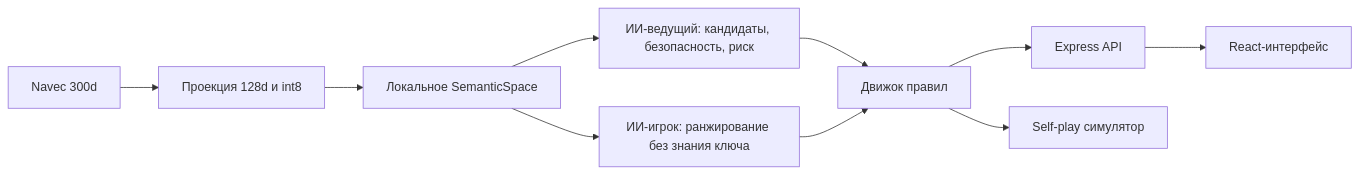
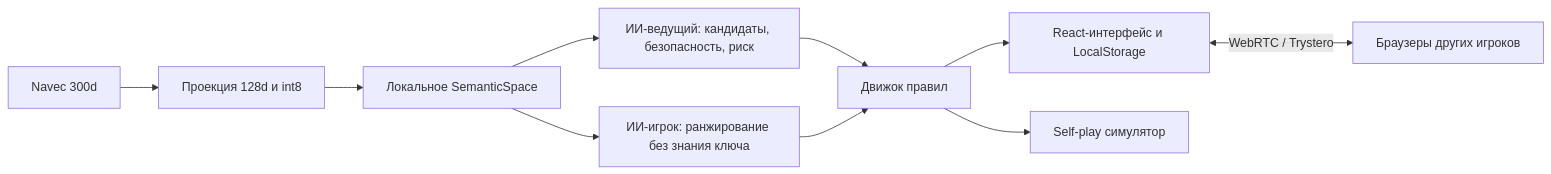
One commit to anyalink99/svyazi changed the diagram in README.md. Above: the diagram before and after it, drawn with Mermaid. The commit also changed other lines of this file and 17 other files, not shown here.

````diff
--- a/README.md
+++ b/README.md
@@ -50,12 +53,12 @@
 ```mermaid
 flowchart LR
     M["Navec 300d"] --> P["Проекция 128d и int8"]
     P --> S["Локальное SemanticSpace"]
     S --> V["ИИ-ведущий: кандидаты, безопасность, риск"]
     S --> O["ИИ-игрок: ранжирование без знания ключа"]
     V --> G["Движок правил"]
     O --> G
-    G --> A["Express API"]
-    A --> U["React-интерфейс"]
+    G --> U["React-интерфейс и LocalStorage"]
+    U <-->|"WebRTC / Trystero"| U2["Браузеры других игроков"]
     G --> B["Self-play симулятор"]
 ```
````
